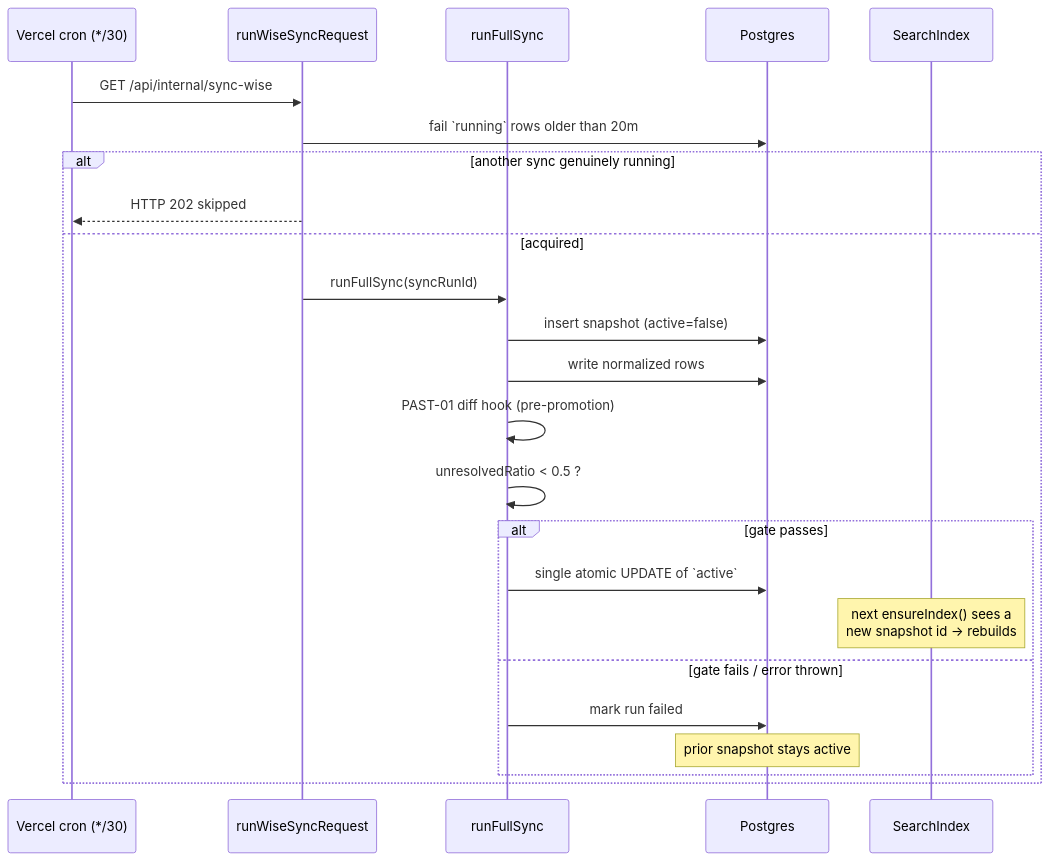
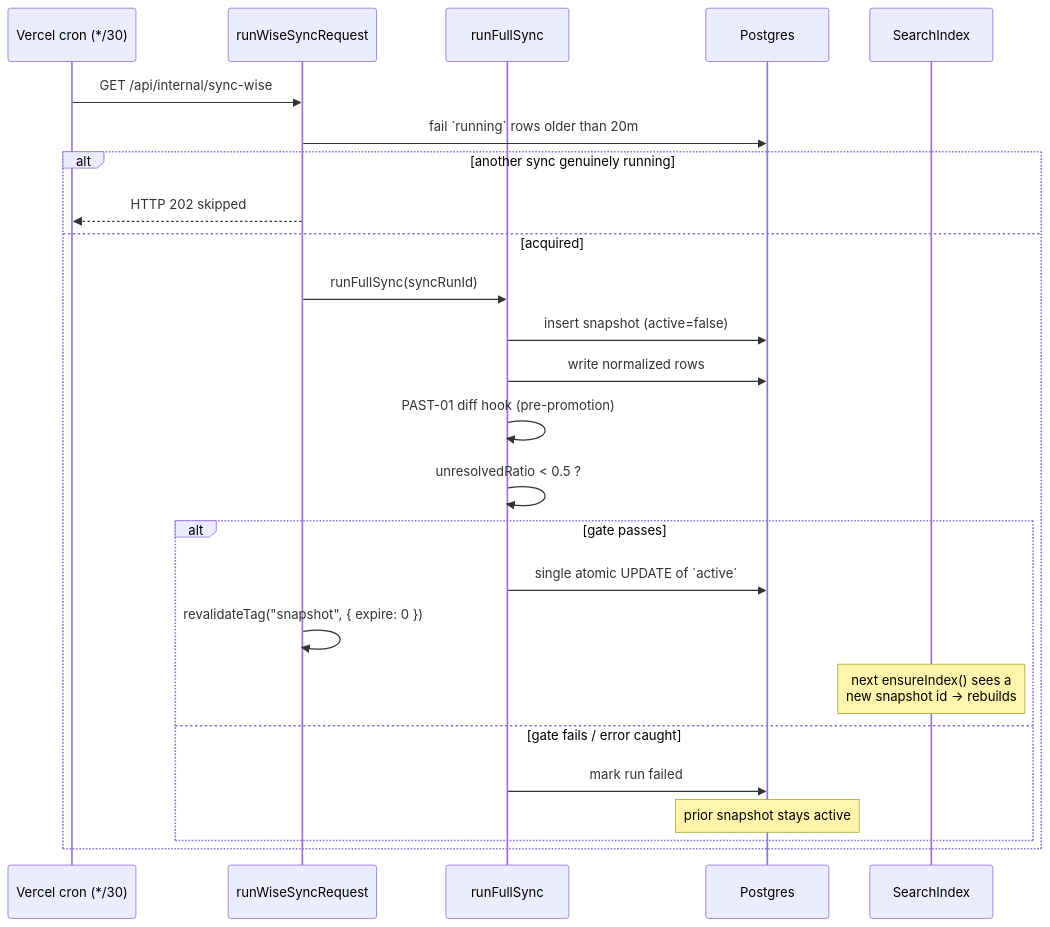
The second of 2 diagrams in docs/handbook/not-the-nextjs-you-know.md (kasheesh711/bgscheduler), drawn with Mermaid before and after one commit. The commit also changed other lines of this file and 95 other files, not shown here.

````diff
--- a/docs/handbook/not-the-nextjs-you-know.md
+++ b/docs/handbook/not-the-nextjs-you-know.md
@@ -242,26 +266,27 @@
 ```mermaid
 sequenceDiagram
   participant Cron as Vercel cron (*/30)
   participant Guard as runWiseSyncRequest
   participant Orch as runFullSync
   participant PG as Postgres
   participant IDX as SearchIndex
   Cron->>Guard: GET /api/internal/sync-wise
   Guard->>PG: fail `running` rows older than 20m
   alt another sync genuinely running
     Guard-->>Cron: HTTP 202 skipped
   else acquired
     Guard->>Orch: runFullSync(syncRunId)
     Orch->>PG: insert snapshot (active=false)
     Orch->>PG: write normalized rows
     Orch->>Orch: PAST-01 diff hook (pre-promotion)
     Orch->>Orch: unresolvedRatio < 0.5 ?
     alt gate passes
       Orch->>PG: single atomic UPDATE of `active`
+      Guard->>Guard: revalidateTag("snapshot", { expire: 0 })
       Note over IDX: next ensureIndex() sees a<br/>new snapshot id → rebuilds
-    else gate fails / error thrown
+    else gate fails / error caught
       Orch->>PG: mark run failed
       Note over PG: prior snapshot stays active
     end
   end
 ```
````
